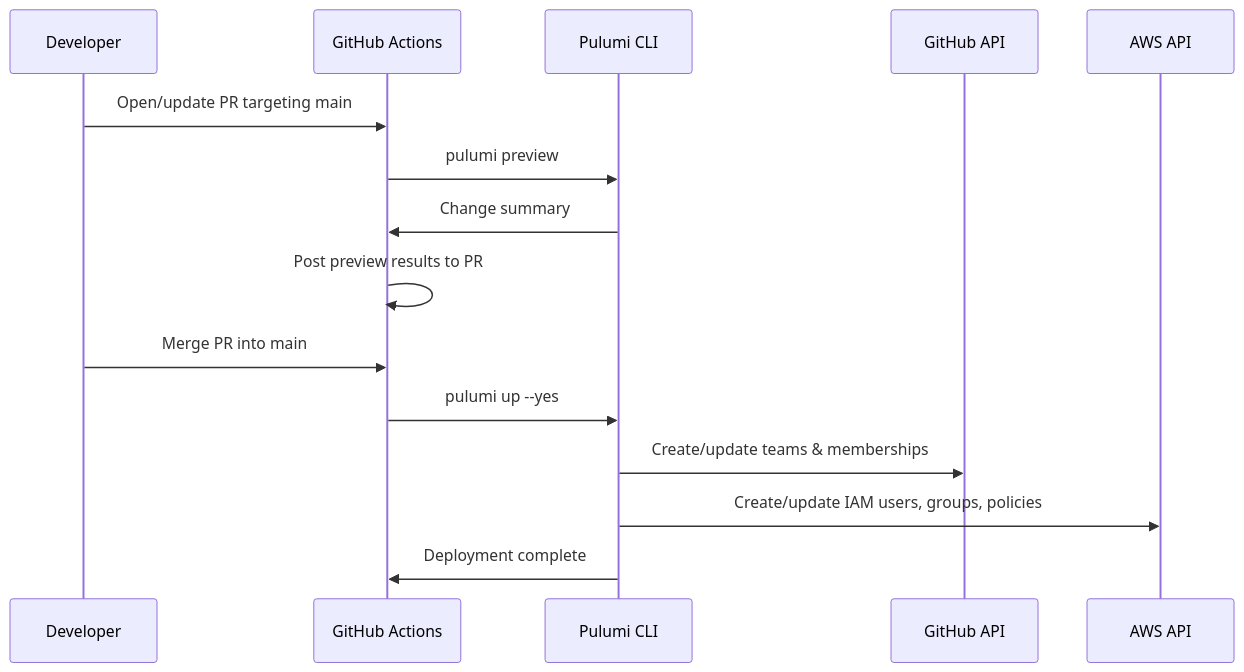
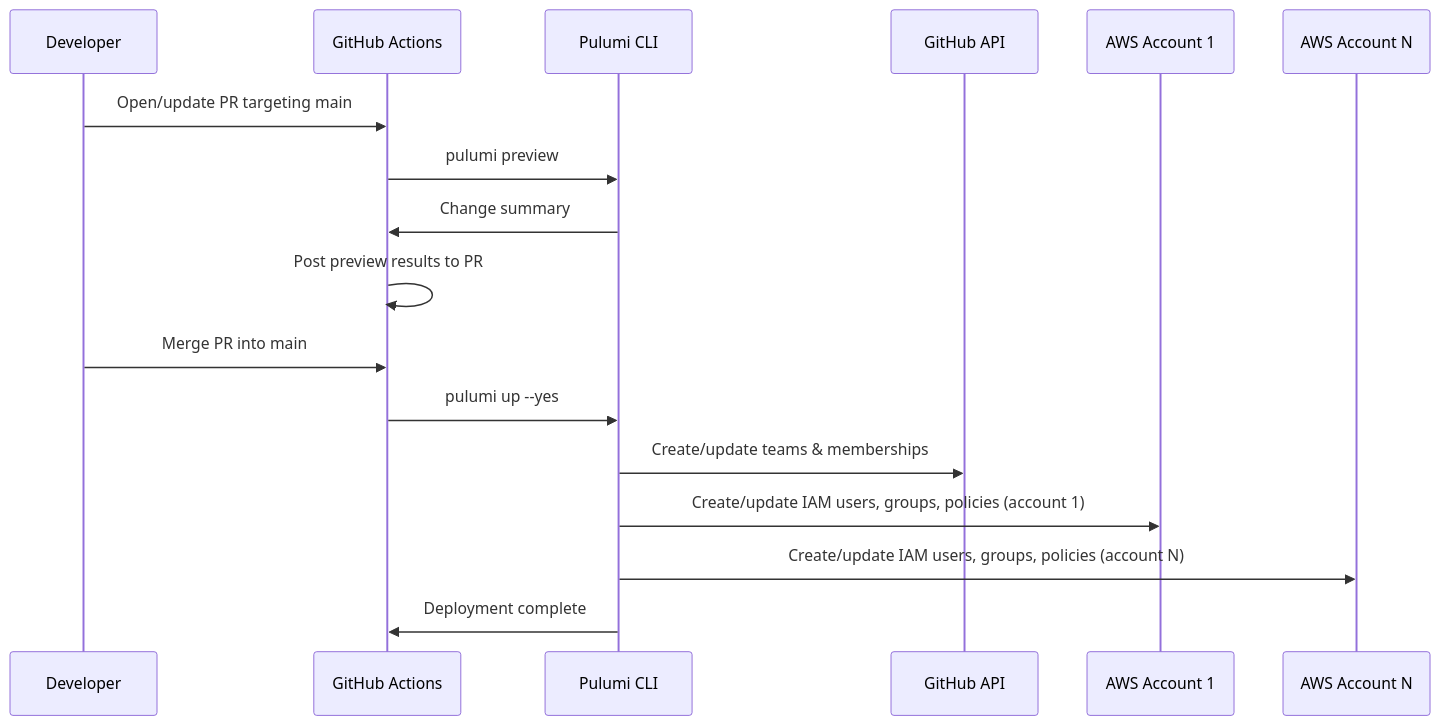
The second of 2 diagrams in .kiro/specs/pulumi-user-management/design.md (jssoriao/devops-user-management), drawn with Mermaid before and after one commit. The commit also changed other lines of this file and 2 other files, not shown here.

````diff
--- a/.kiro/specs/pulumi-user-management/design.md
+++ b/.kiro/specs/pulumi-user-management/design.md
@@ -45,18 +57,20 @@
 ```mermaid
 sequenceDiagram
     participant Dev as Developer
     participant GHA as GitHub Actions
     participant Pulumi as Pulumi CLI
     participant GH as GitHub API
-    participant AWS as AWS API
+    participant AWS1 as AWS Account 1
+    participant AWS2 as AWS Account N
 
     Dev->>GHA: Open/update PR targeting main
     GHA->>Pulumi: pulumi preview
     Pulumi->>GHA: Change summary
     GHA->>GHA: Post preview results to PR
     Dev->>GHA: Merge PR into main
     GHA->>Pulumi: pulumi up --yes
     Pulumi->>GH: Create/update teams & memberships
-    Pulumi->>AWS: Create/update IAM users, groups, policies
+    Pulumi->>AWS1: Create/update IAM users, groups, policies (account 1)
+    Pulumi->>AWS2: Create/update IAM users, groups, policies (account N)
     Pulumi->>GHA: Deployment complete
 ```
````
